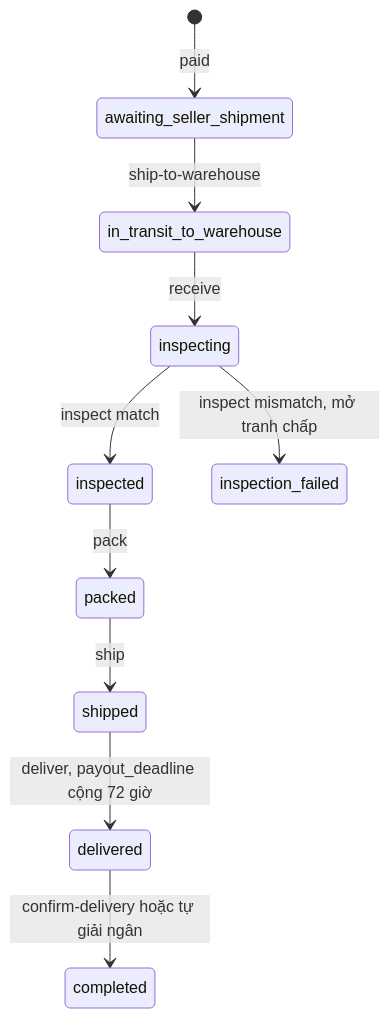
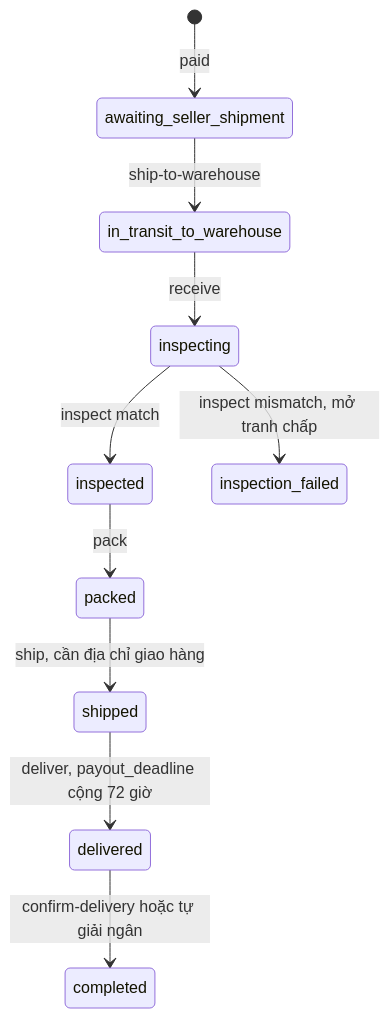
One commit to HoaiAn1510/bidvibe_be changed the fifth of 5 diagrams in docs/mainflow.md. Above: the diagram before and after it, drawn with Mermaid. The commit also changed other lines of this file and 4 other files, not shown here.

First line of the commit message:
Tài liệu địa chỉ giao hàng: api.md, mainflow, architecture, README, kết quả test

````diff
--- a/docs/mainflow.md
+++ b/docs/mainflow.md
@@ -261,12 +276,12 @@
 ```mermaid
 stateDiagram-v2
     [*] --> awaiting_seller_shipment : paid
     awaiting_seller_shipment --> in_transit_to_warehouse : ship-to-warehouse
     in_transit_to_warehouse --> inspecting : receive
     inspecting --> inspected : inspect match
     inspecting --> inspection_failed : inspect mismatch, mở tranh chấp
     inspected --> packed : pack
-    packed --> shipped : ship
+    packed --> shipped : ship, cần địa chỉ giao hàng
     shipped --> delivered : deliver, payout_deadline cộng 72 giờ
     delivered --> completed : confirm-delivery hoặc tự giải ngân
 ```
````
